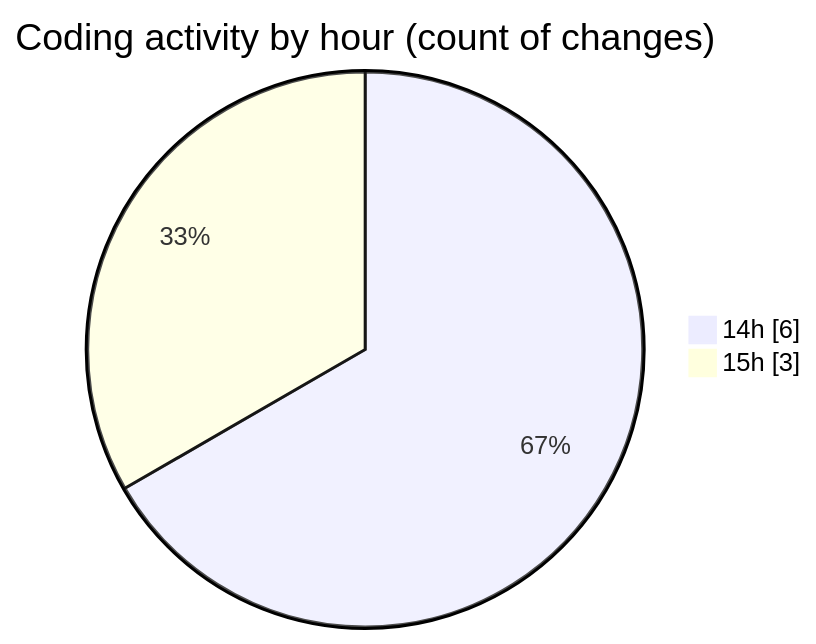
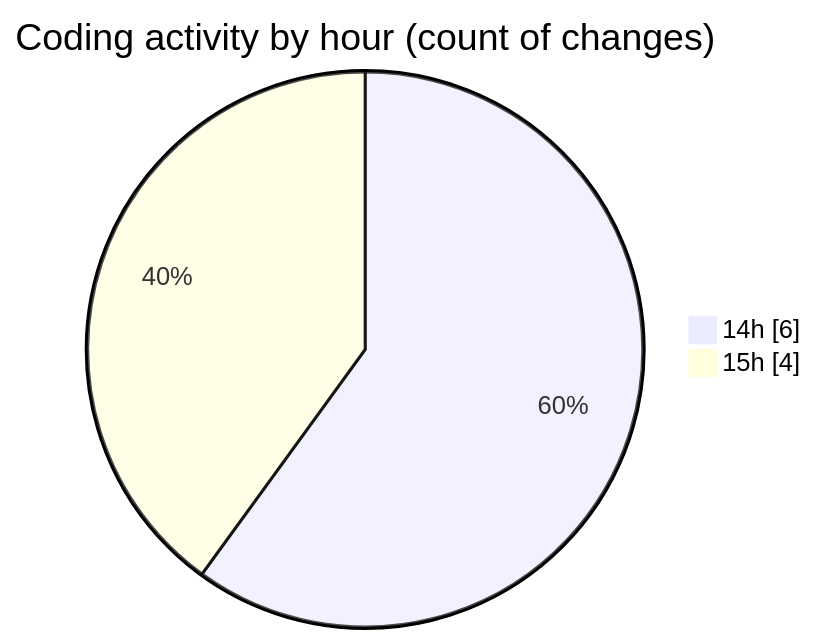
The second of 2 diagrams in 2025-07-09/toolsopenemalpass/README.md (lephambinh05/code-tracking), drawn with Mermaid before and after one commit. The commit also changed other lines of this file and 1 other file, not shown here.

````diff
--- a/2025-07-09/toolsopenemalpass/README.md
+++ b/2025-07-09/toolsopenemalpass/README.md
@@ -31,6 +31,6 @@
 ```mermaid
 pie showData
 title Coding activity by hour (count of changes)
 "14h" : 6
-"15h" : 3
+"15h" : 4
 ```
````
